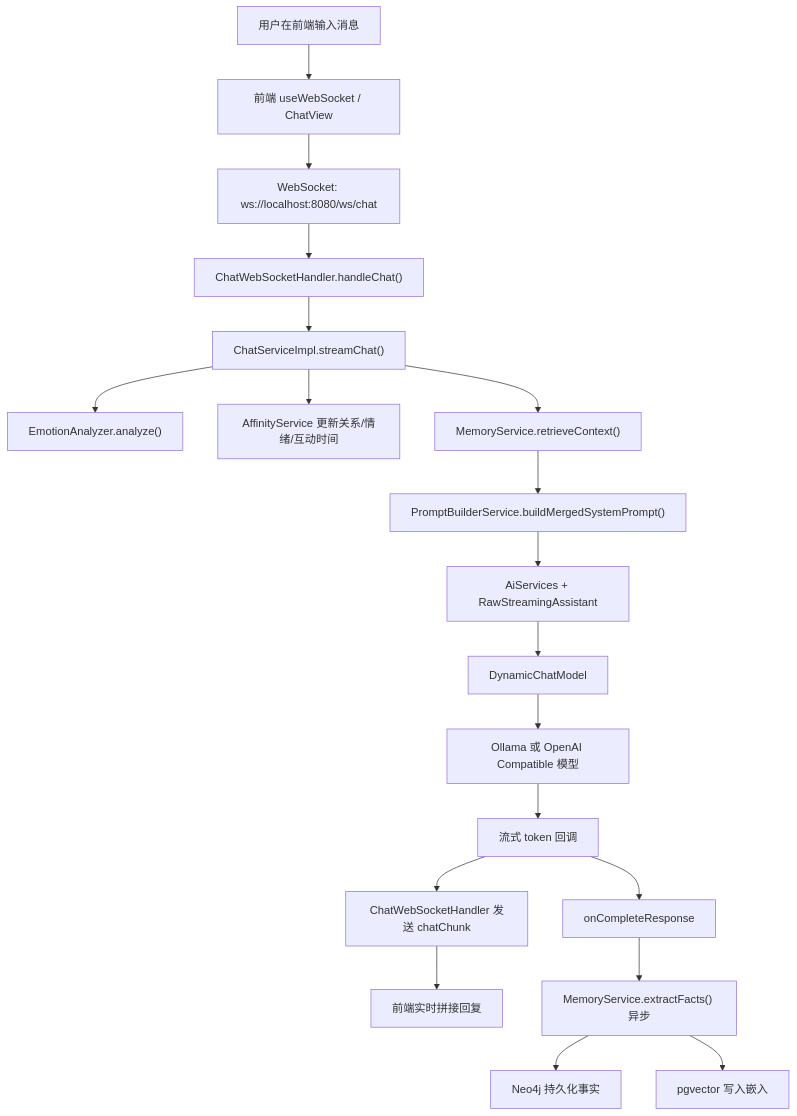
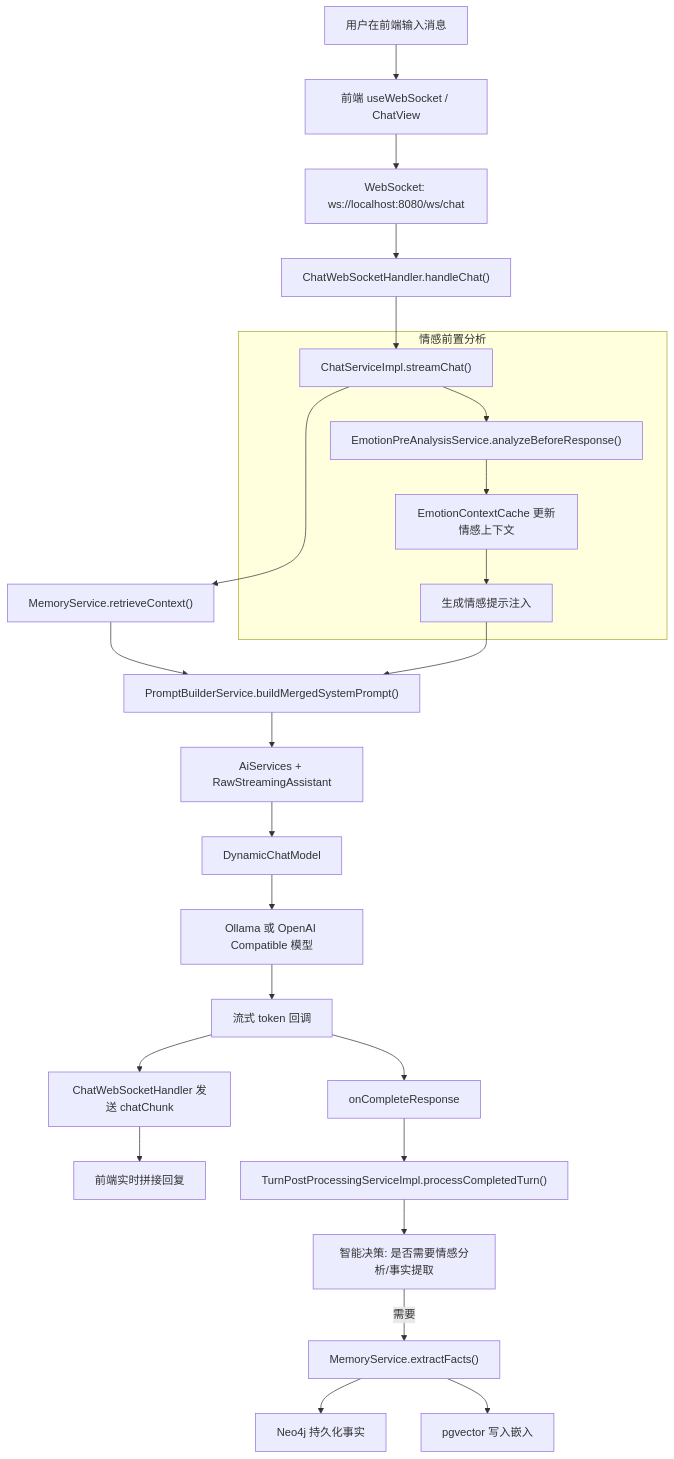
Before and after one commit to SailRuo/LingShu-AI: the first of 15 diagrams in doc/对话调用链路详解.md, drawn with Mermaid. The commit also changed other lines of this file and 54 other files, not shown here.

````diff
--- a/doc/对话调用链路详解.md
+++ b/doc/对话调用链路详解.md
@@ -24,21 +27,29 @@
 ```mermaid
 flowchart TD
     U["用户在前端输入消息"] --> FE["前端 useWebSocket / ChatView"]
     FE --> WS["WebSocket: ws://localhost:8080/ws/chat"]
     WS --> WSH["ChatWebSocketHandler.handleChat()"]
     WSH --> CS["ChatServiceImpl.streamChat()"]
-    CS --> EMO["EmotionAnalyzer.analyze()"]
-    CS --> AFF["AffinityService 更新关系/情绪/互动时间"]
+    
+    subgraph 情感前置分析
+        CS --> EMO_PRE["EmotionPreAnalysisService.analyzeBeforeResponse()"]
+        EMO_PRE --> EMO_CTX["EmotionContextCache 更新情感上下文"]
+        EMO_CTX --> EMO_INJ["生成情感提示注入"]
+    end
+    
     CS --> MEM["MemoryService.retrieveContext()"]
     MEM --> PB["PromptBuilderService.buildMergedSystemPrompt()"]
+    EMO_INJ --> PB
     PB --> AI["AiServices + RawStreamingAssistant"]
     AI --> DYN["DynamicChatModel"]
     DYN --> MODEL["Ollama 或 OpenAI Compatible 模型"]
     MODEL --> STREAM["流式 token 回调"]
     STREAM --> WSH2["ChatWebSocketHandler 发送 chatChunk"]
     WSH2 --> FE2["前端实时拼接回复"]
     STREAM --> DONE["onCompleteResponse"]
-    DONE --> FACT["MemoryService.extractFacts() 异步"]
+    DONE --> POST["TurnPostProcessingServiceImpl.processCompletedTurn()"]
+    POST --> DECIDE["智能决策: 是否需要情感分析/事实提取"]
+    DECIDE --> |需要| FACT["MemoryService.extractFacts()"]
     FACT --> NEO["Neo4j 持久化事实"]
     FACT --> VEC["pgvector 写入嵌入"]
 ```
````
